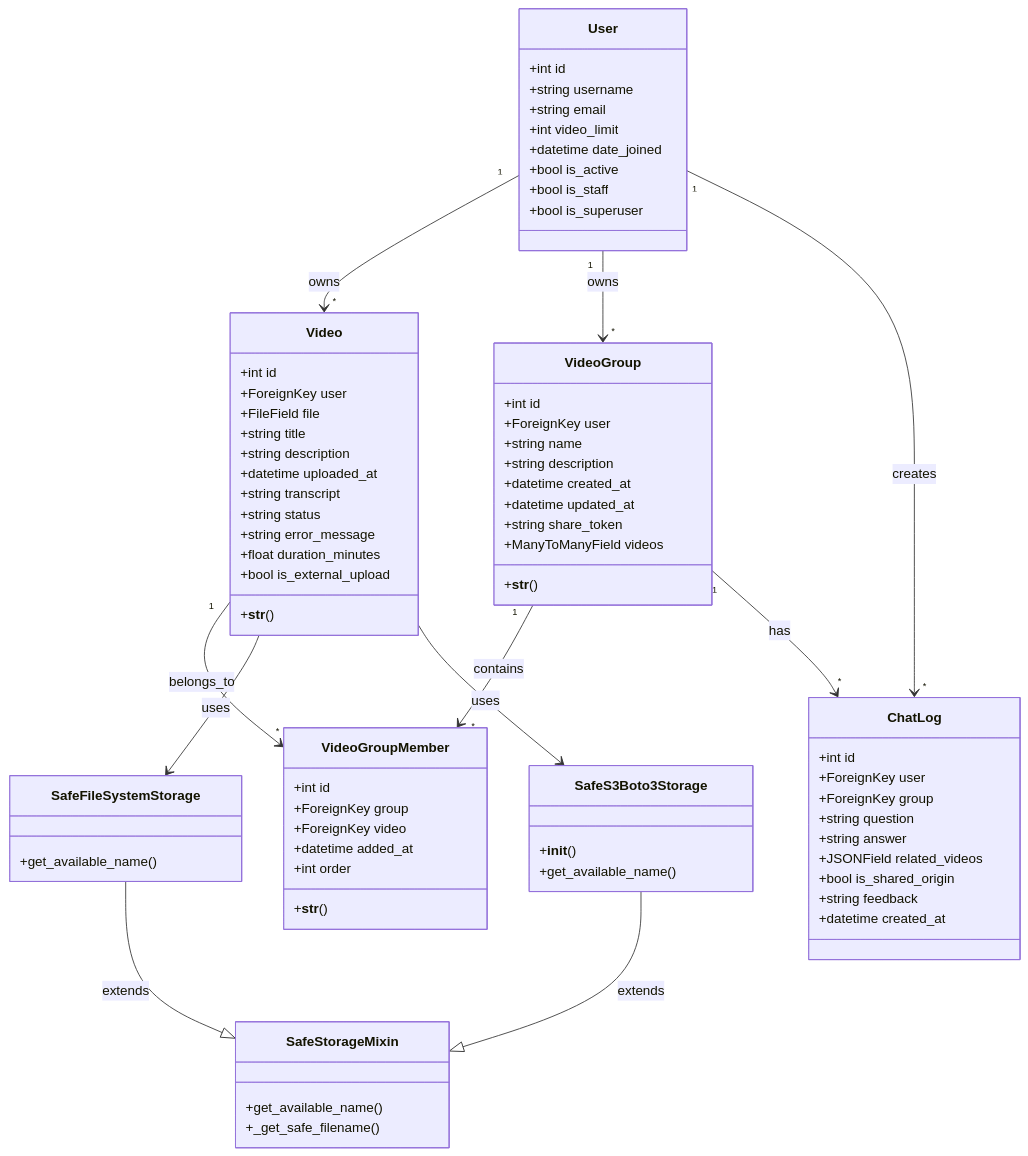
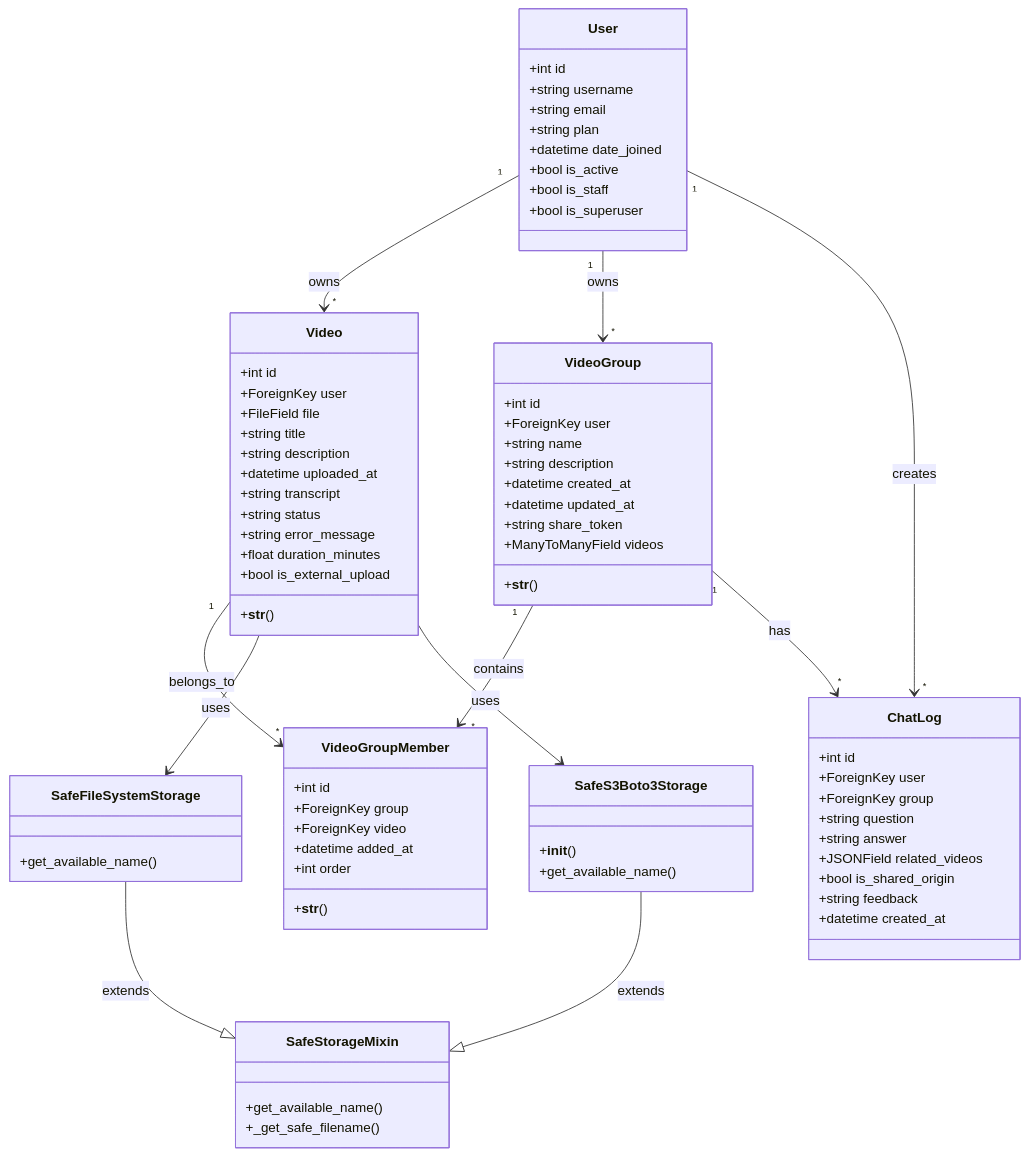
One commit to yukiharada1228/videoq changed the first of 3 diagrams in docs/design/class-diagram.md. Above: the diagram before and after it, drawn with Mermaid. The commit also changed 13 other files, not shown here.

```diff
--- a/docs/design/class-diagram.md
+++ b/docs/design/class-diagram.md
@@ -12,7 +12,7 @@
         +int id
         +string username
         +string email
-        +int video_limit
+        +string plan
         +datetime date_joined
         +bool is_active
         +bool is_staff
```
